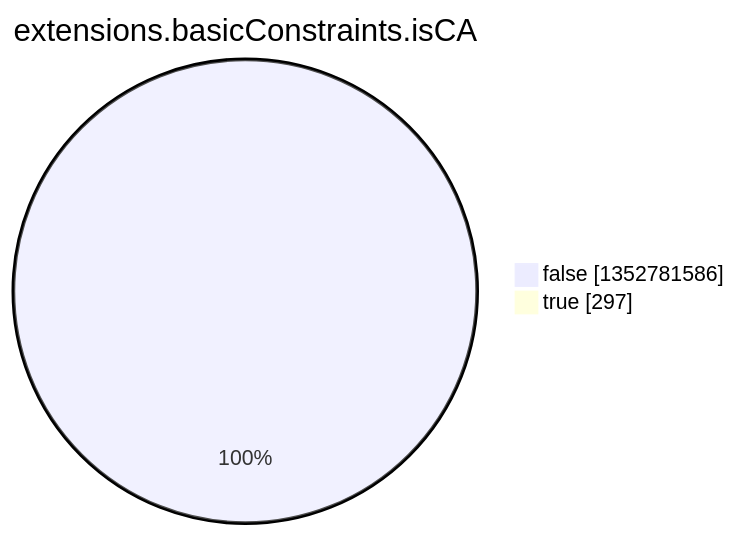
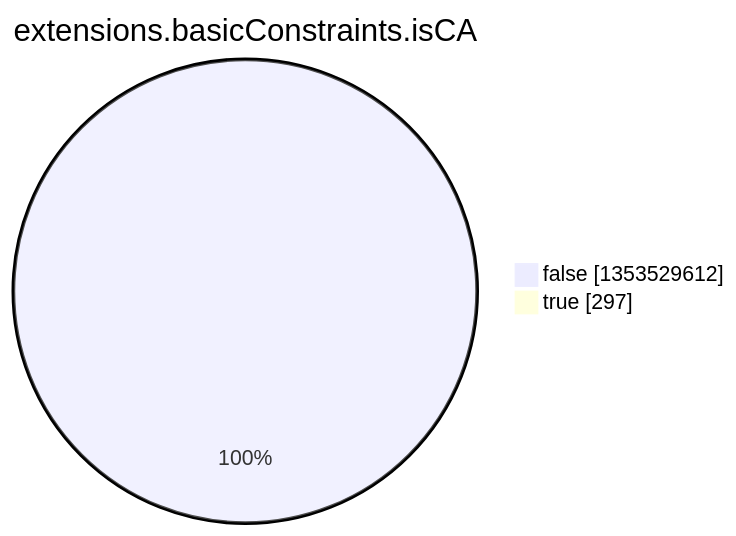
One commit to christiankrug/ctmonitor_visualization changed the eighth of 15 diagrams in argon2022/README.md. Above: the diagram before and after it, drawn with Mermaid. The commit also changed other lines of this file, not shown here.

````diff
--- a/argon2022/README.md
+++ b/argon2022/README.md
@@ -2758,6 +2758,6 @@
 ```mermaid
 pie showData
 title extensions.basicConstraints.isCA
-"false" :1352781586
+"false" :1353529612
 "true" :297
 ```
````
